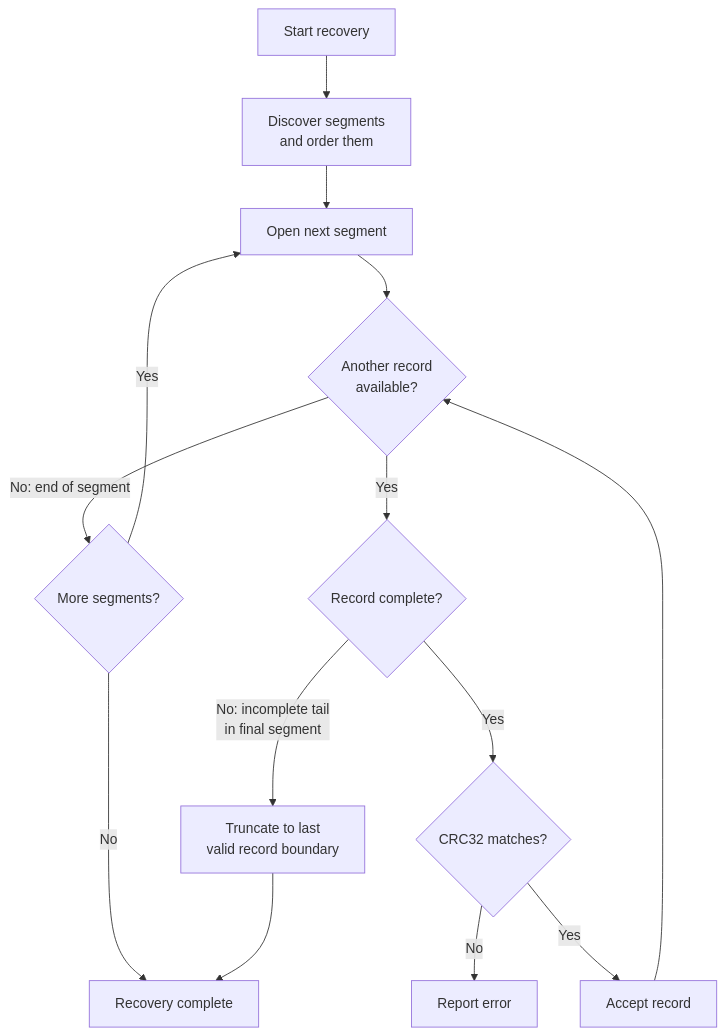
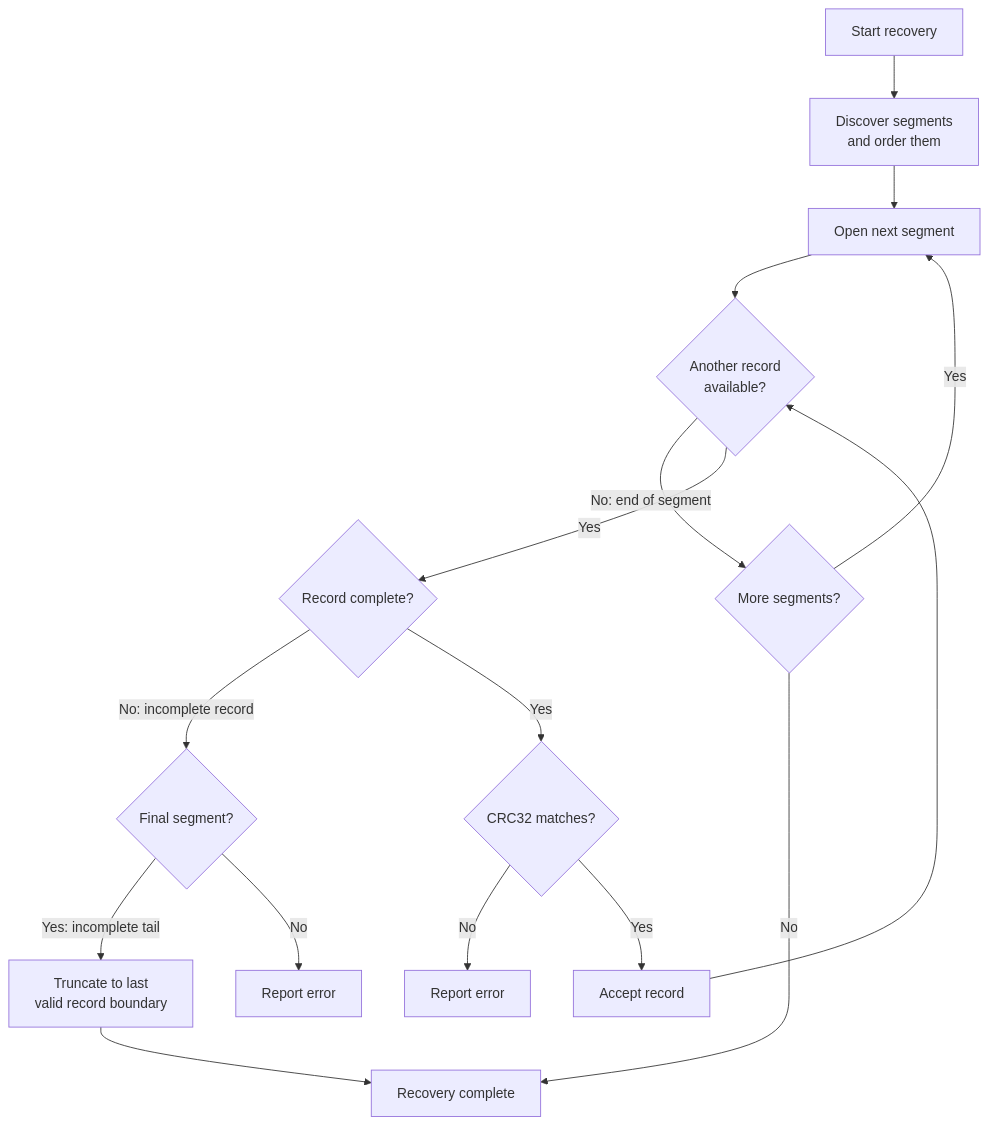
One commit to PratyushVishal11011/Fairgate changed the eighth of 14 diagrams in README.md. Above: the diagram before and after it, drawn with Mermaid. The commit also changed other lines of this file and 8 other files, not shown here.

````diff
--- a/README.md
+++ b/README.md
@@ -375,16 +398,18 @@
 ```mermaid
 flowchart TD
     A["Start recovery"] --> B["Discover segments<br/>and order them"]
     B --> B2["Open next segment"]
     B2 --> C{"Another record<br/>available?"}
     C -->|"No: end of segment"| L{"More segments?"}
     L -->|"Yes"| B2
     L -->|"No"| H["Recovery complete"]
     C -->|"Yes"| D{"Record complete?"}
-    D -->|"No: incomplete tail<br/>in final segment"| E["Truncate to last<br/>valid record boundary"]
+    D -->|"No: incomplete record"| FS{"Final segment?"}
+    FS -->|"Yes: incomplete tail"| E["Truncate to last<br/>valid record boundary"]
     E --> H
+    FS -->|"No"| G2["Report error"]
     D -->|"Yes"| F{"CRC32 matches?"}
     F -->|"No"| G["Report error"]
     F -->|"Yes"| I["Accept record"]
     I --> C
 ```
````
